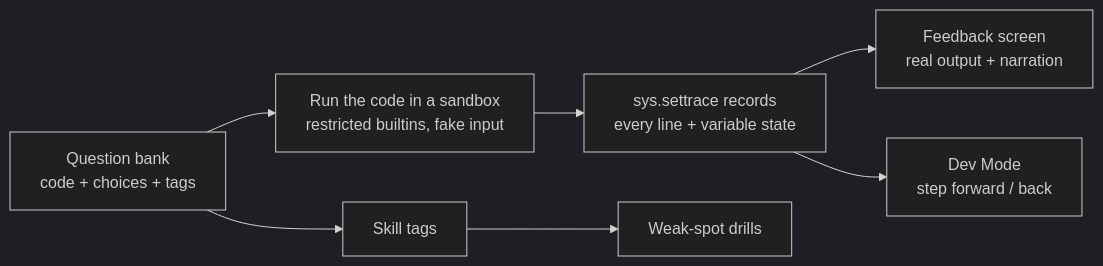
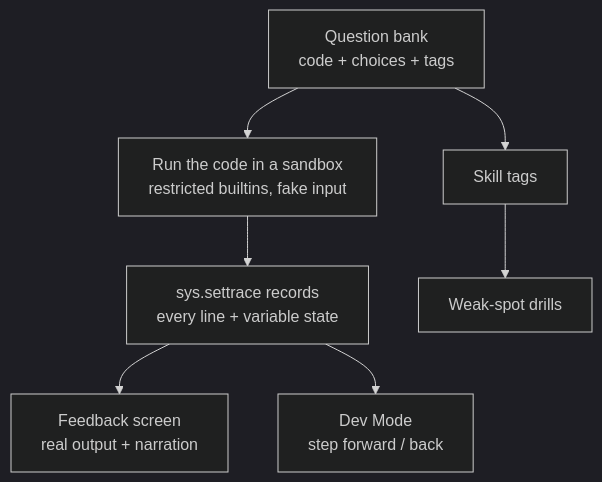
One commit to loganrosson/is4085-python-midterm-study-tool changed the diagram in README.md. Above: the diagram before and after it, drawn with Mermaid (dark theme).

````diff
--- a/README.md
+++ b/README.md
@@ -21,8 +21,8 @@
 ```mermaid
-flowchart LR
+flowchart TD
     Q[Question bank<br/>code + choices + tags] --> R[Run the code in a sandbox<br/>restricted builtins, fake input]
     R --> T[sys.settrace records<br/>every line + variable state]
     T --> F[Feedback screen<br/>real output + narration]
     T --> D[Dev Mode<br/>step forward / back]
     Q --> S[Skill tags] --> W[Weak-spot drills]
 ```
````
